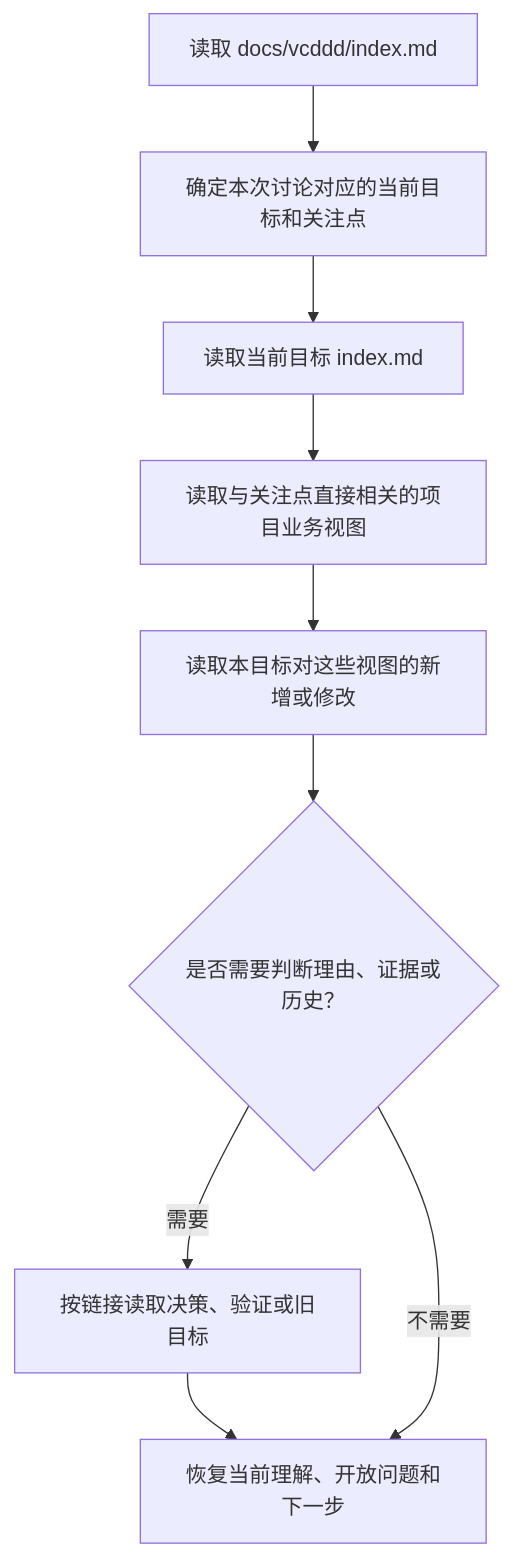
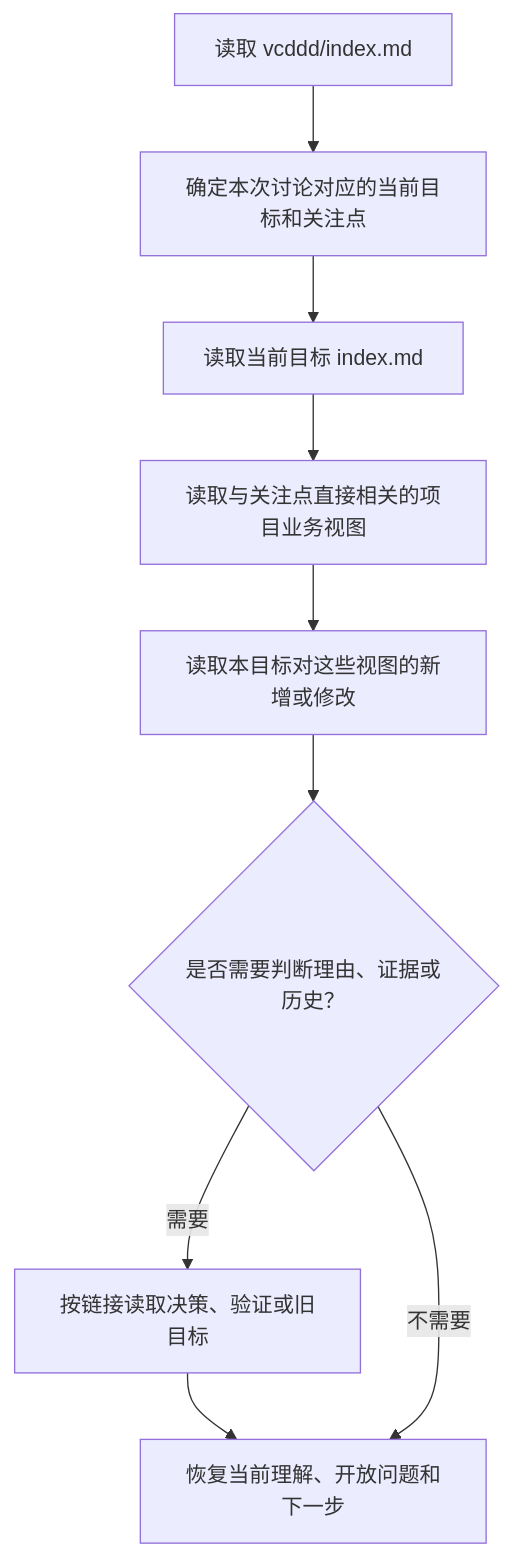
The third of 4 diagrams in doc/2.0/4-recoverable-project-context.md (StreetCornelia/vcddd), drawn with Mermaid before and after one commit. The commit also changed other lines of this file and 22 other files, not shown here.

````diff
--- a/doc/2.0/4-recoverable-project-context.md
+++ b/doc/2.0/4-recoverable-project-context.md
@@ -282,15 +327,15 @@
 ```mermaid
 flowchart TD
-    A["读取 docs/vcddd/index.md"]
+    A["读取 vcddd/index.md"]
     B["确定本次讨论对应的当前目标和关注点"]
     C["读取当前目标 index.md"]
     D["读取与关注点直接相关的项目业务视图"]
     E["读取本目标对这些视图的新增或修改"]
     F{"是否需要判断理由、证据或历史？"}
     G["按链接读取决策、验证或旧目标"]
     H["恢复当前理解、开放问题和下一步"]
 
     A --> B --> C --> D --> E --> F
     F -->|"需要"| G --> H
     F -->|"不需要"| H
 ```
````
